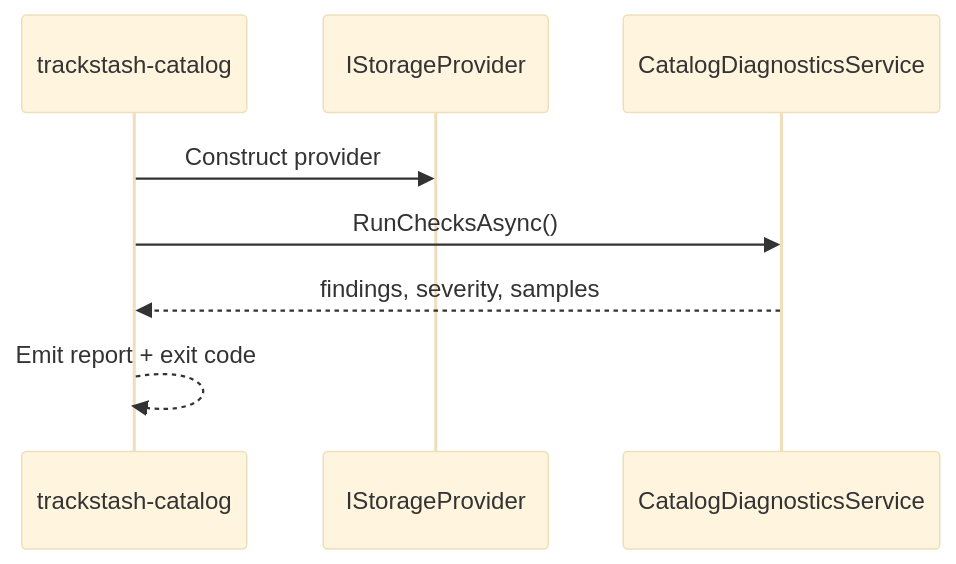
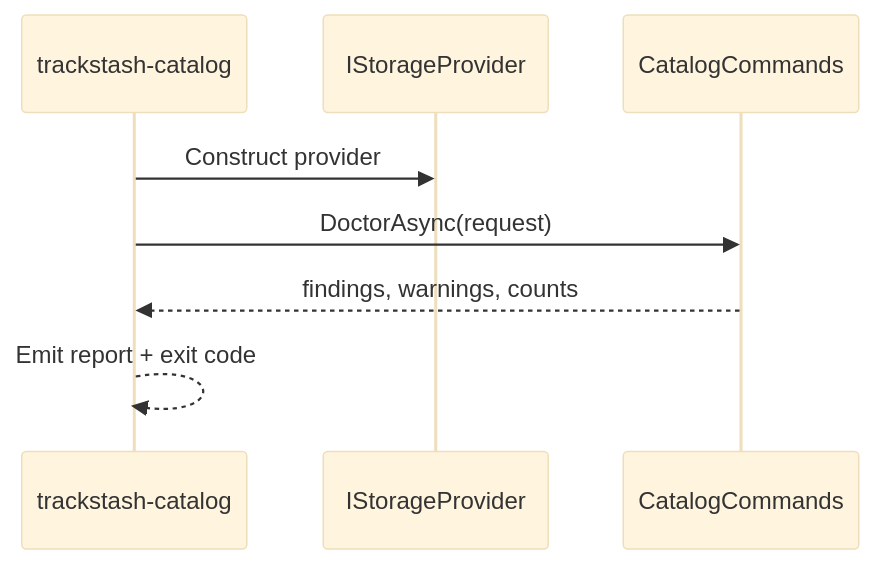
One commit to ionise/trackstash-catalog changed the second of 3 diagrams in SPEC.md. Above: the diagram before and after it, drawn with Mermaid (base theme). The commit also changed other lines of this file and 4 other files, not shown here.

Commit message:
feat(catalog): implement doctor and repair-indexes commands with CLI tests and docs updates

````diff
--- a/SPEC.md
+++ b/SPEC.md
@@ -423,11 +435,11 @@
 ```mermaid
 sequenceDiagram
     participant CLI as trackstash-catalog
     participant SP as IStorageProvider
-    participant DIAG as CatalogDiagnosticsService
+    participant CMD as CatalogCommands
 
     CLI->>SP: Construct provider
-    CLI->>DIAG: RunChecksAsync()
-    DIAG-->>CLI: findings, severity, samples
+    CLI->>CMD: DoctorAsync(request)
+    CMD-->>CLI: findings, warnings, counts
     CLI-->>CLI: Emit report + exit code
 ```
````
